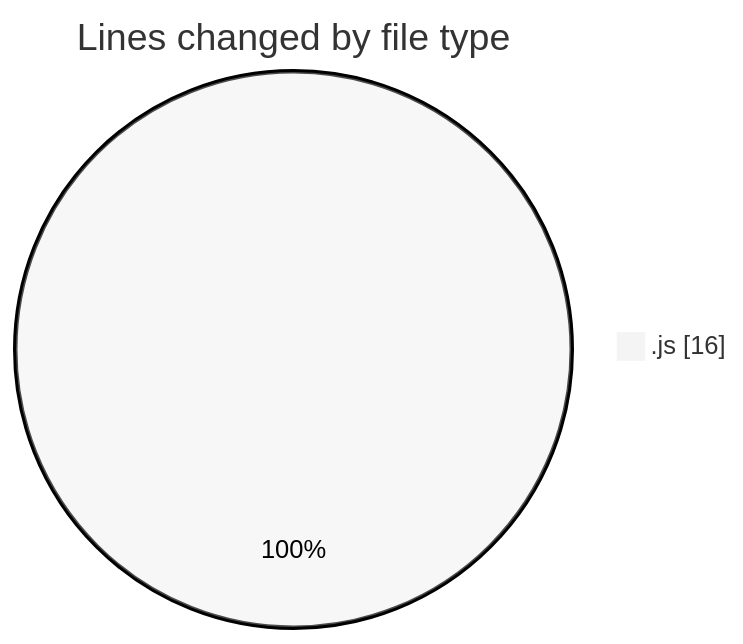
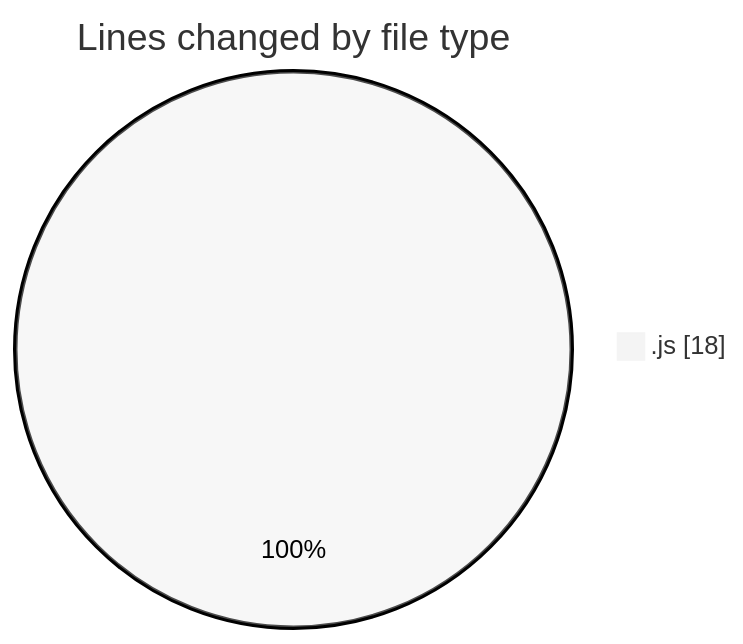
Before and after one commit to Ritupan-Deka/code-tracking: the first of 2 diagrams in 2025-07-20/reactphpmysql/README.md, drawn with Mermaid (neutral theme). The commit also changed other lines of this file and 1 other file, not shown here.

````diff
--- a/2025-07-20/reactphpmysql/README.md
+++ b/2025-07-20/reactphpmysql/README.md
@@ -20,5 +21,5 @@
 ```mermaid
 pie showData
 title Lines changed by file type
-".js" : 16
+".js" : 18
 ```
````
